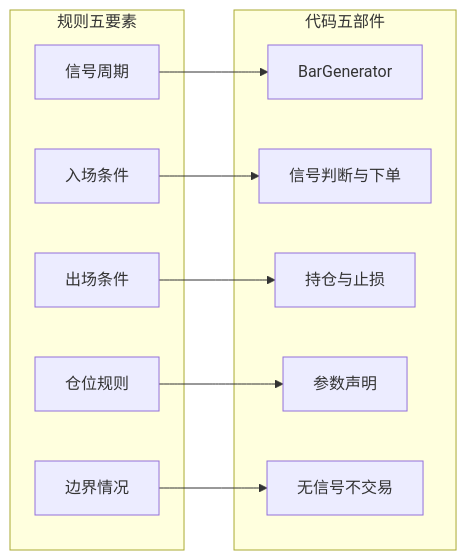
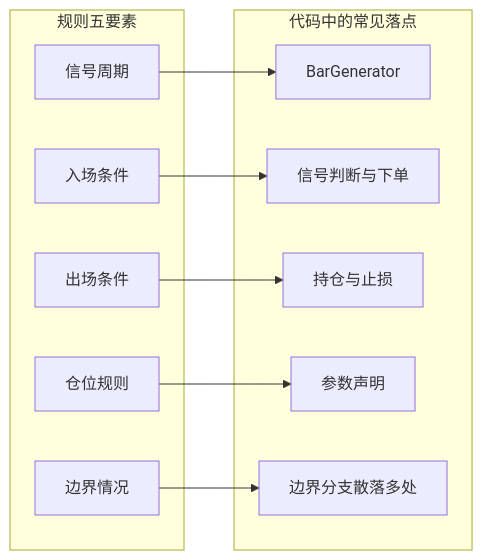
One commit to vnpy/vnpy changed the fourth of 8 diagrams in article/fusion/outline.md. Above: the diagram before and after it, drawn with Mermaid. The commit also changed other lines of this file and 1 other file, not shown here.

````diff
--- a/article/fusion/outline.md
+++ b/article/fusion/outline.md
@@ -500,22 +553,22 @@
 ```mermaid
 flowchart LR
   subgraph rules [规则五要素]
     r1[信号周期]
     r2[入场条件]
     r3[出场条件]
     r4[仓位规则]
     r5[边界情况]
   end
-  subgraph code [代码五部件]
+  subgraph code [代码中的常见落点]
     c1[BarGenerator]
     c2[信号判断与下单]
     c3[持仓与止损]
     c4[参数声明]
-    c5[无信号不交易]
+    c5[边界分支散落多处]
   end
   r1 --> c1
   r2 --> c2
   r3 --> c3
   r4 --> c4
   r5 --> c5
 ```
````
